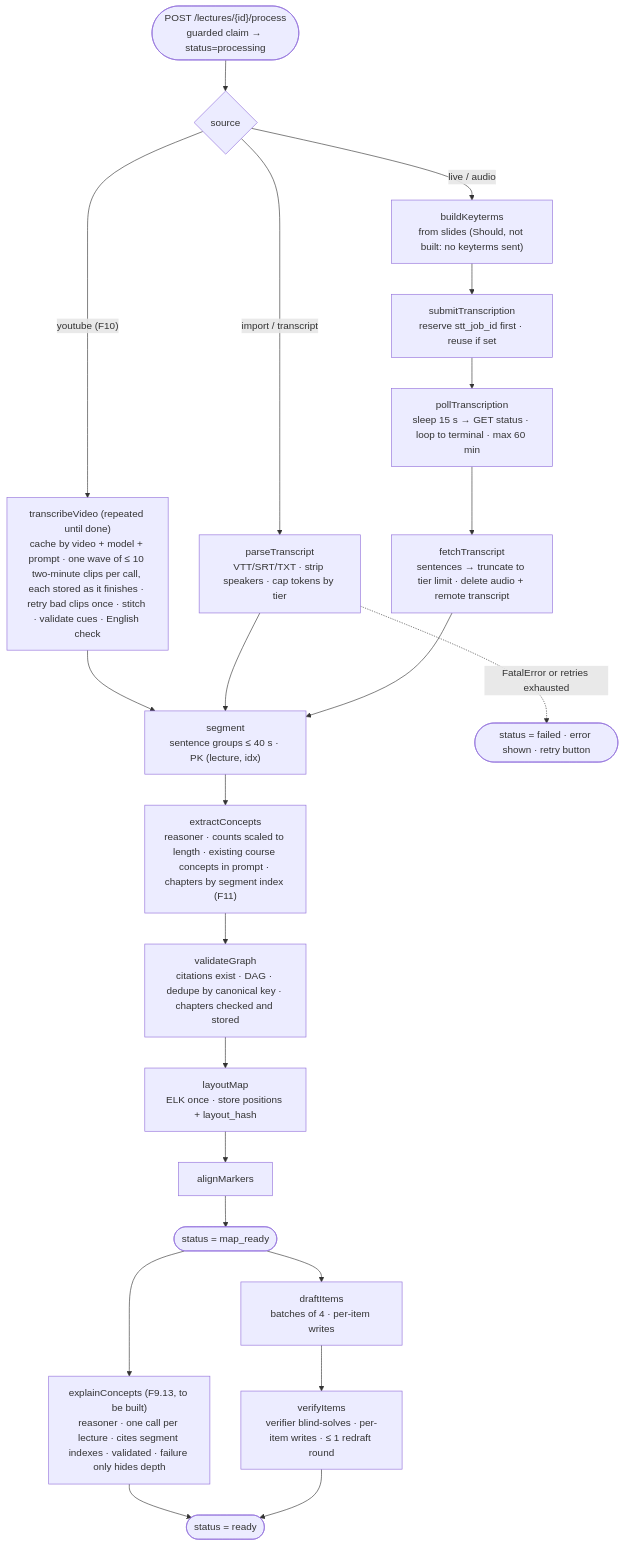
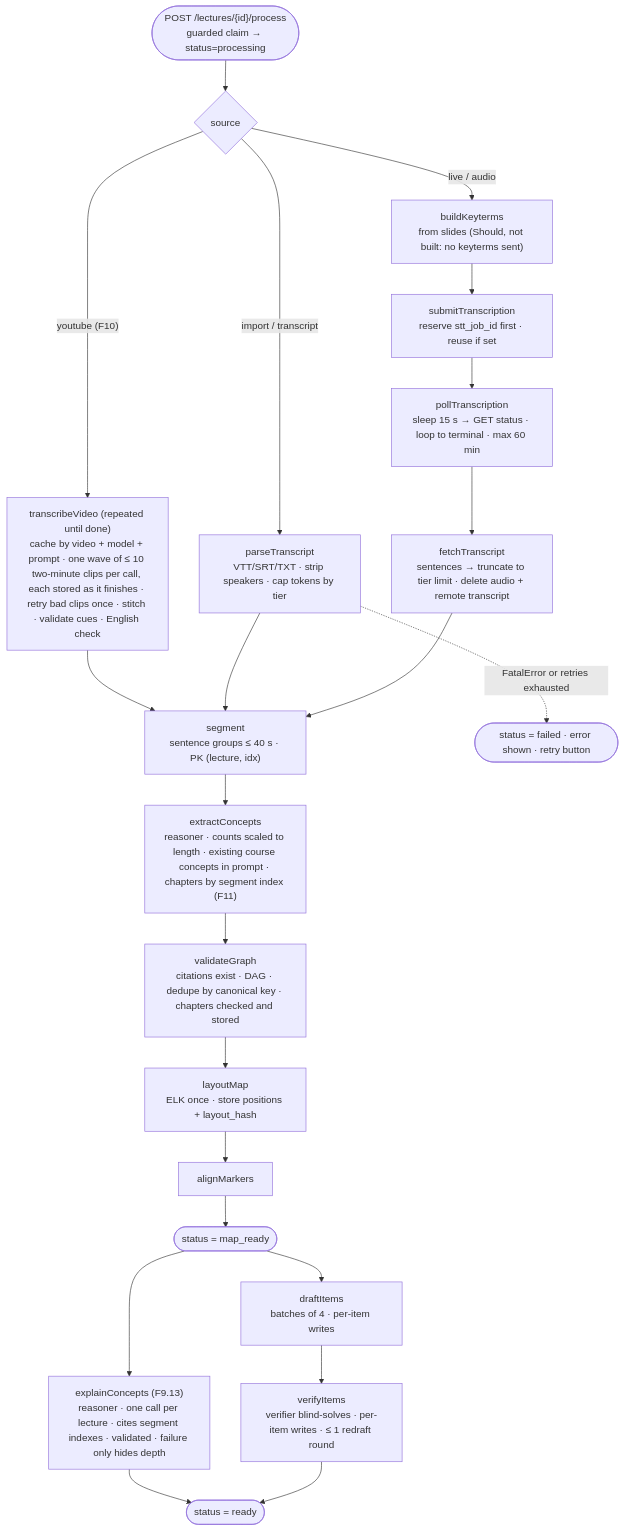
Before and after one commit to adamchok/Lectheo: the fourth of 6 diagrams in docs/Lectheo Architecture.md, drawn with Mermaid. The commit also changed 58 other files, not shown here.

First line of the commit message:
feat(study): by chapter, outline and Explain in depth (F9.9–F9.15)

````diff
--- a/docs/Lectheo Architecture.md
+++ b/docs/Lectheo Architecture.md
@@ -201,24 +201,24 @@
 ```mermaid
 flowchart TD
     start(["POST /lectures/{id}/process<br/>guarded claim → status=processing"]) --> src{"source"}
     src -- "youtube (F10)" --> tv["transcribeVideo (repeated until done)<br/>cache by video + model + prompt · one wave of ≤ 10 two-minute clips per call, each stored as it finishes · retry bad clips once · stitch · validate cues · English check"]
     tv --> seg
     src -- "import / transcript" --> pt["parseTranscript<br/>VTT/SRT/TXT · strip speakers · cap tokens by tier"]
     src -- "live / audio" --> kt["buildKeyterms<br/>from slides (Should, not built: no keyterms sent)"]
     kt --> sub["submitTranscription<br/>reserve stt_job_id first · reuse if set"]
     sub --> poll["pollTranscription<br/>sleep 15 s → GET status · loop to terminal · max 60 min"]
     poll --> fetch["fetchTranscript<br/>sentences → truncate to tier limit · delete audio + remote transcript"]
     pt --> seg["segment<br/>sentence groups ≤ 40 s · PK (lecture, idx)"]
     fetch --> seg
     seg --> ex["extractConcepts<br/>reasoner · counts scaled to length · existing course concepts in prompt · chapters by segment index (F11)"]
     ex --> vg["validateGraph<br/>citations exist · DAG · dedupe by canonical key · chapters checked and stored"]
     vg --> lay["layoutMap<br/>ELK once · store positions + layout_hash"]
     lay --> al["alignMarkers"]
     al --> mr(["status = map_ready"])
     mr --> dr["draftItems<br/>batches of 4 · per-item writes"]
     dr --> vf["verifyItems<br/>verifier blind-solves · per-item writes · ≤ 1 redraft round"]
-    mr --> xc["explainConcepts (F9.13, to be built)<br/>reasoner · one call per lecture · cites segment indexes · validated · failure only hides depth"]
+    mr --> xc["explainConcepts (F9.13)<br/>reasoner · one call per lecture · cites segment indexes · validated · failure only hides depth"]
     xc --> done
     vf --> done(["status = ready"])
     pt -. "FatalError or retries exhausted" .-> fail(["status = failed · error shown · retry button"])
 ```
````
